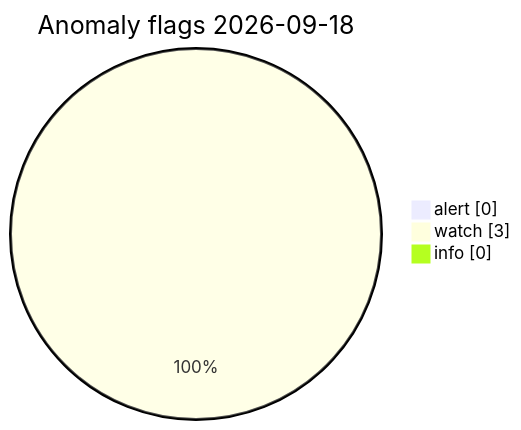
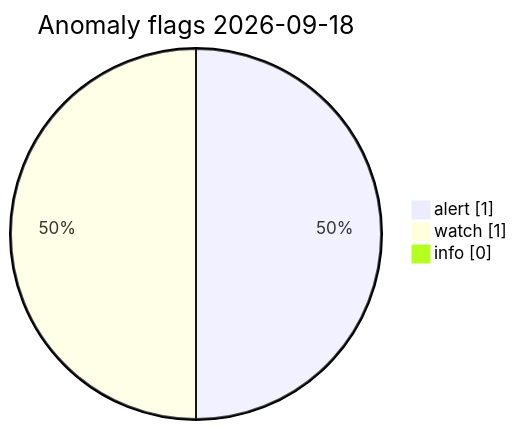
Before and after one commit to Midwest-Stratospheric/Unified-Open-Global-Weather: the diagram in visuals/2026-09-18/CHARTS.md, drawn with Mermaid. The commit also changed other lines of this file and 13 other files, not shown here.

Commit message:
data(visuals): automated charts 2026-09-18T13:43Z

````diff
--- a/visuals/2026-09-18/CHARTS.md
+++ b/visuals/2026-09-18/CHARTS.md
@@ -73,7 +73,7 @@
 ```mermaid
 pie showData
   title Anomaly flags 2026-09-18
-  "alert" : 0
-  "watch" : 3
+  "alert" : 1
+  "watch" : 1
   "info" : 0
 ```
````
